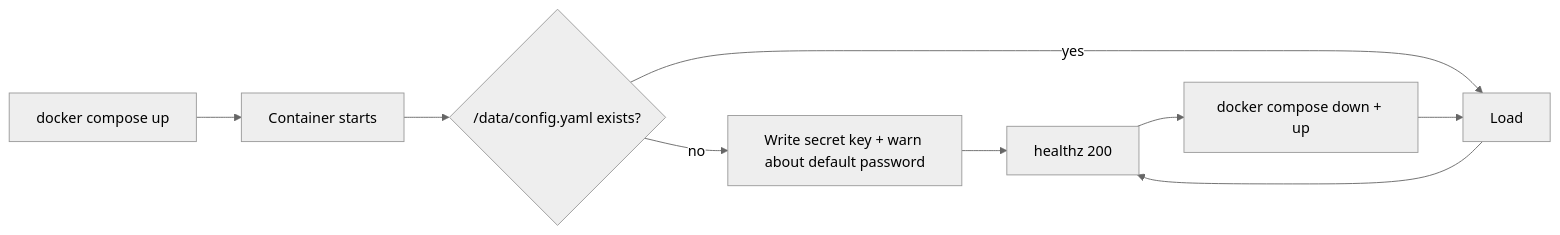
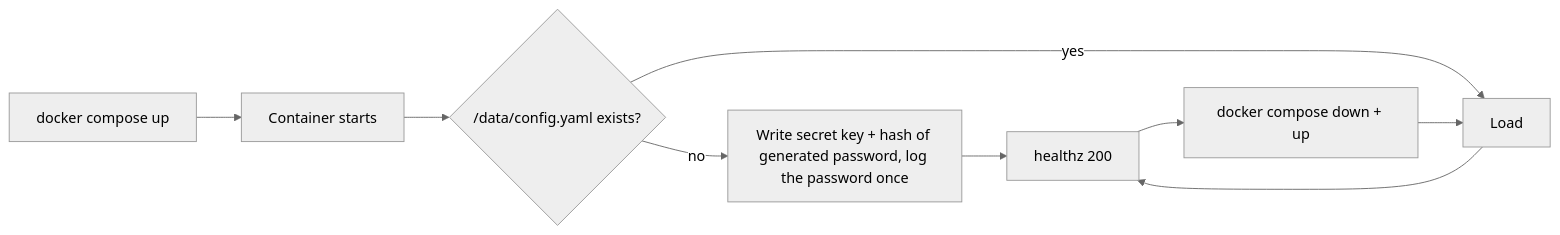
The diagram in docs/specs/features/08-platform-modernization.md (Crank-Git/MTFWBuilder), drawn with Mermaid (neutral theme) before and after one commit. The commit also changed other lines of this file and 6 other files, not shown here.

First line of the commit message:
fix: generate the admin password on first start instead of a default

````diff
--- a/docs/specs/features/08-platform-modernization.md
+++ b/docs/specs/features/08-platform-modernization.md
@@ -60,11 +62,11 @@
 ```mermaid
 flowchart LR
   A[docker compose up] --> B[Container starts]
   B --> C{/data/config.yaml exists?}
-  C -->|no| D[Write secret key + warn about default password]
+  C -->|no| D[Write secret key + hash of generated password, log the password once]
   C -->|yes| E[Load]
   D --> F[healthz 200]
   E --> F
   F --> G[docker compose down + up]
   G --> E
 ```
````
